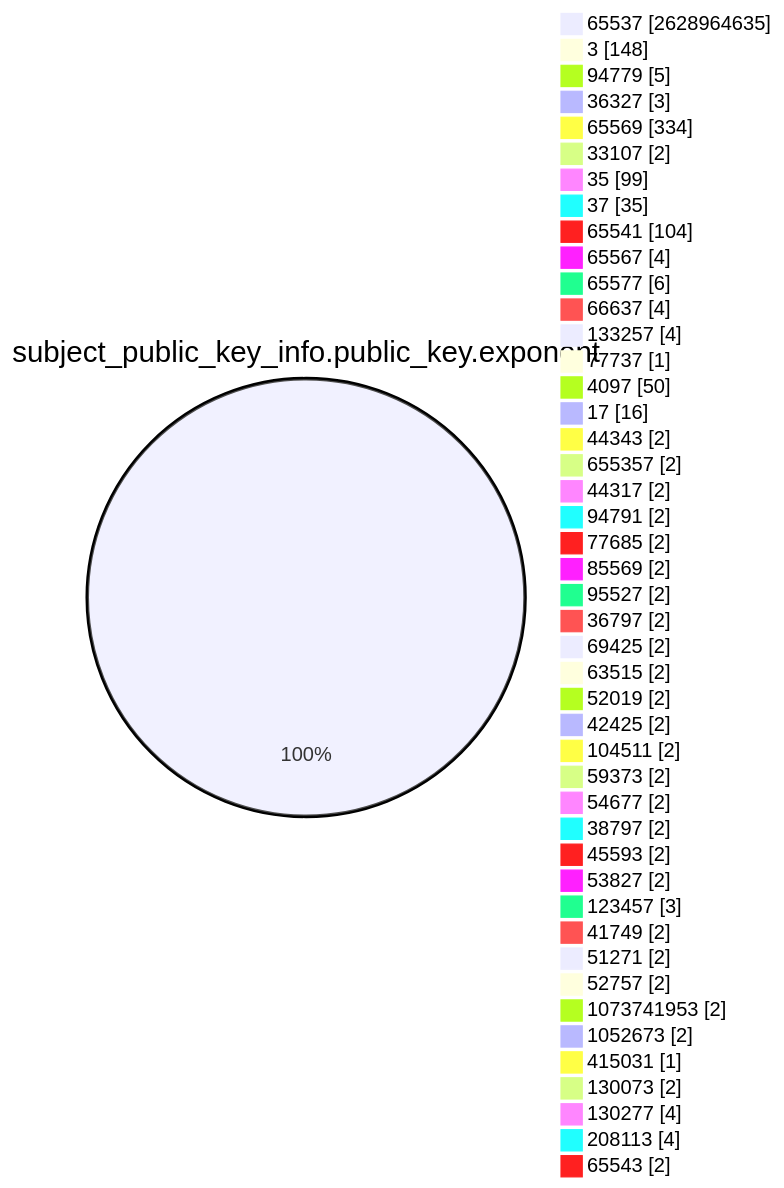
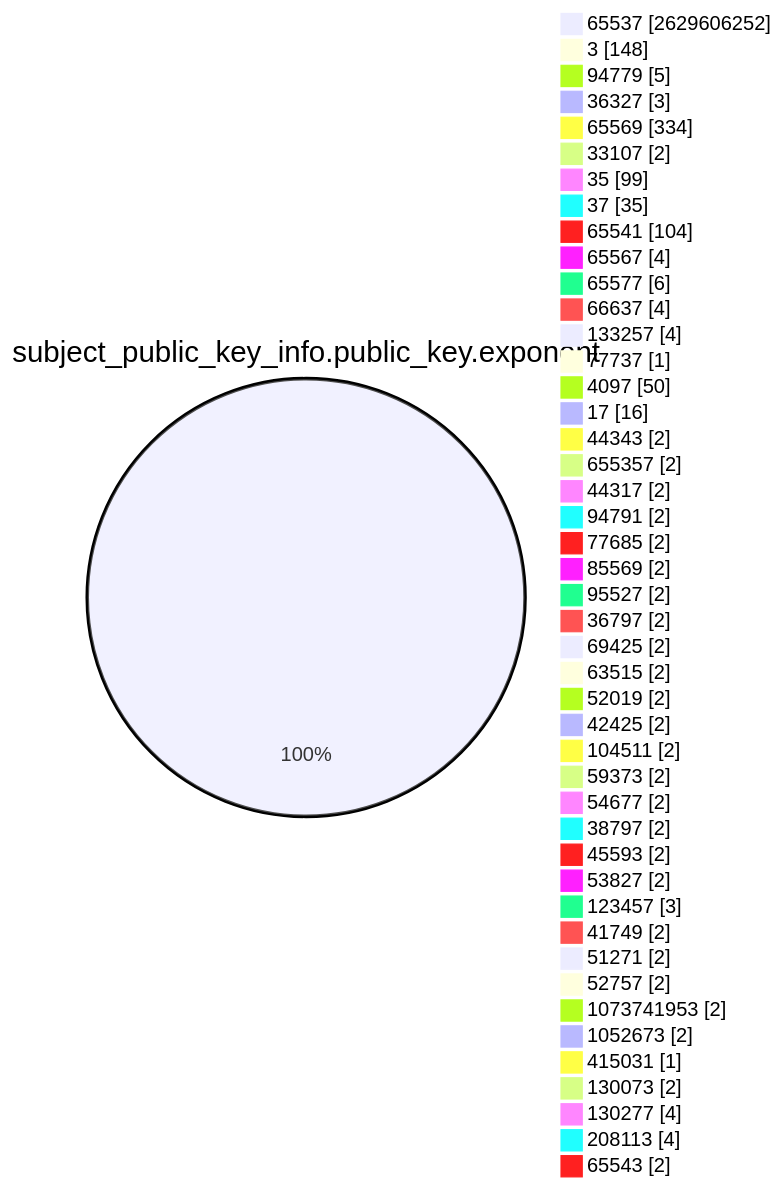
One commit to christiankrug/ctmonitor_visualization changed the fourth of 15 diagrams in TOTAL/README.md. Above: the diagram before and after it, drawn with Mermaid. The commit also changed other lines of this file, not shown here.

````diff
--- a/TOTAL/README.md
+++ b/TOTAL/README.md
@@ -1466,49 +1466,49 @@
 ```mermaid
 pie showData
 title subject_public_key_info.public_key.exponent
-"65537" :2628964635
+"65537" :2629606252
 "3" :148
 "94779" :5
 "36327" :3
 "65569" :334
 "33107" :2
 "35" :99
 "37" :35
 "65541" :104
 "65567" :4
 "65577" :6
 "66637" :4
 "133257" :4
 "77737" :1
 "4097" :50
 "17" :16
 "44343" :2
 "655357" :2
 "44317" :2
 "94791" :2
 "77685" :2
 "85569" :2
 "95527" :2
 "36797" :2
 "69425" :2
 "63515" :2
 "52019" :2
 "42425" :2
 "104511" :2
 "59373" :2
 "54677" :2
 "38797" :2
 "45593" :2
 "53827" :2
 "123457" :3
 "41749" :2
 "51271" :2
 "52757" :2
 "1073741953" :2
 "1052673" :2
 "415031" :1
 "130073" :2
 "130277" :4
 "208113" :4
 "65543" :2
 ```
````
